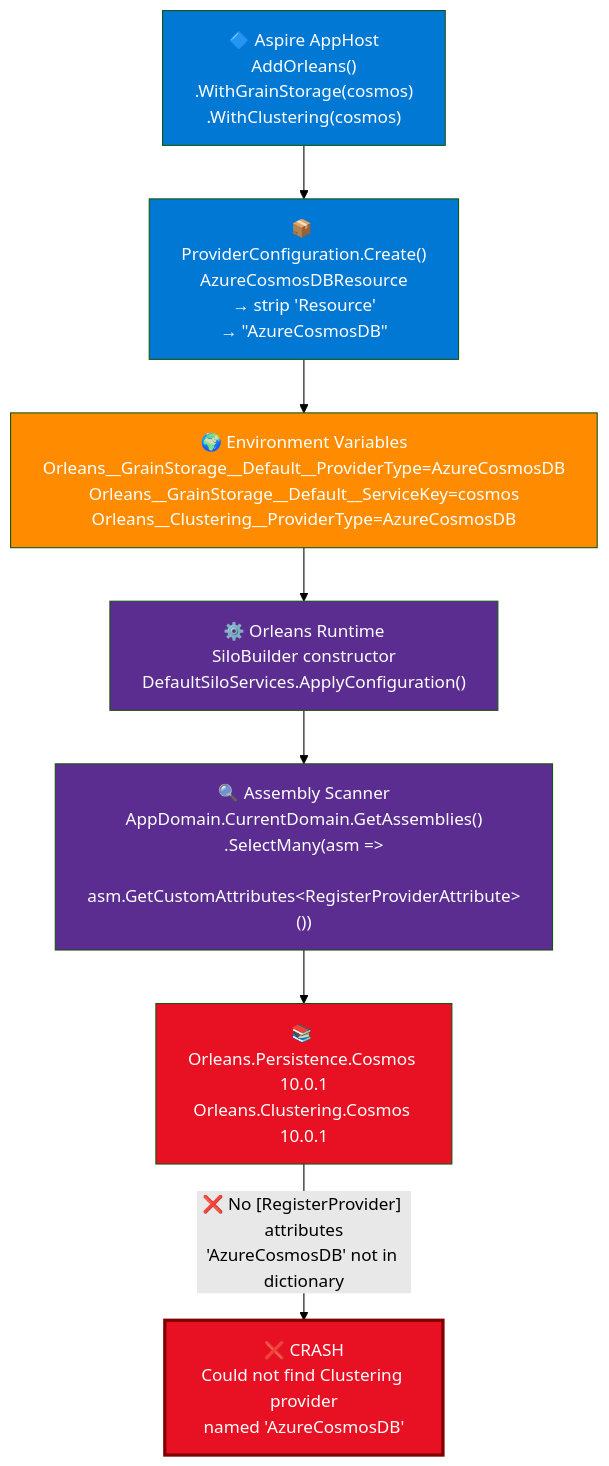
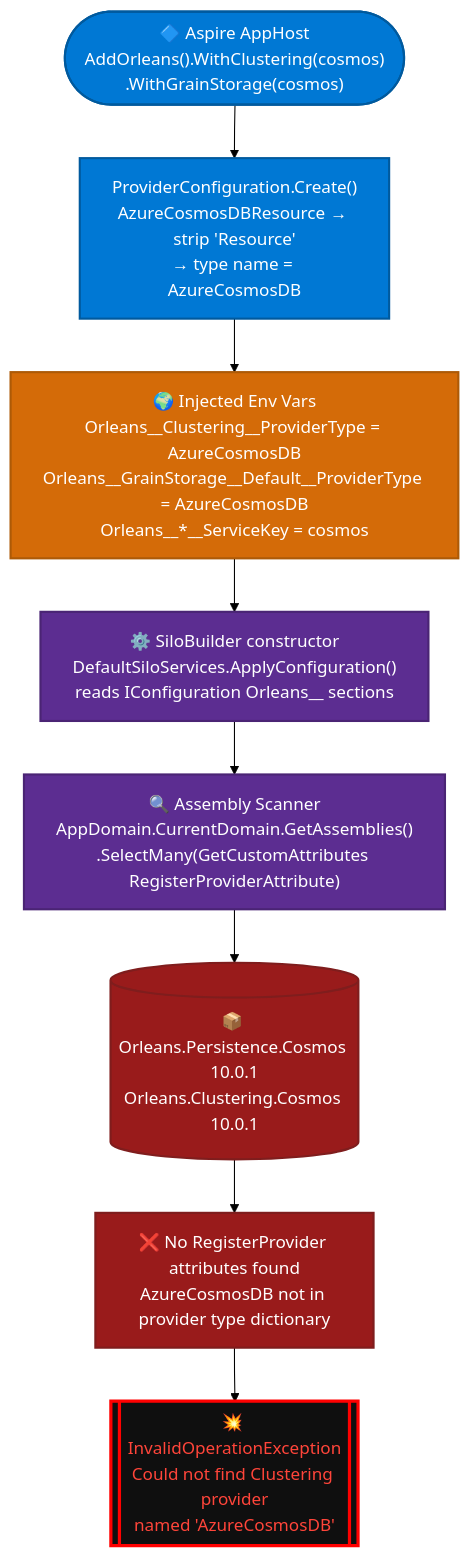
One commit to abossard/always-on-v2 changed the first of 3 diagrams in docs/adr/0058-orleans-explicit-provider-config-DI.md. Above: the diagram before and after it, drawn with Mermaid (forest theme). The commit also changed other lines of this file, not shown here.

First line of the commit message:
docs(adr-0058): improve Mermaid diagrams with classDef themes and tree structure

````diff
--- a/docs/adr/0058-orleans-explicit-provider-config-DI.md
+++ b/docs/adr/0058-orleans-explicit-provider-config-DI.md
@@ -32,25 +32,19 @@
 ```mermaid
 flowchart TD
-    A["🔷 Aspire AppHost\nAddOrleans()\n.WithGrainStorage(cosmos)\n.WithClustering(cosmos)"]
-    B["📦 ProviderConfiguration.Create()\nAzureCosmosDBResource\n→ strip 'Resource'\n→ &quot;AzureCosmosDB&quot;"]
-    C["🌍 Environment Variables\nOrleans__GrainStorage__Default__ProviderType=AzureCosmosDB\nOrleans__GrainStorage__Default__ServiceKey=cosmos\nOrleans__Clustering__ProviderType=AzureCosmosDB"]
-    D["⚙️ Orleans Runtime\nSiloBuilder constructor\nDefaultSiloServices.ApplyConfiguration()"]
-    E["🔍 Assembly Scanner\nAppDomain.CurrentDomain.GetAssemblies()\n.SelectMany(asm =>\n  asm.GetCustomAttributes&lt;RegisterProviderAttribute&gt;())"]
-    F["📚 Orleans.Persistence.Cosmos 10.0.1\nOrleans.Clustering.Cosmos 10.0.1"]
-    G["❌ CRASH\nCould not find Clustering provider\nnamed 'AzureCosmosDB'"]
+    classDef aspire   fill:#0078d4,color:#fff,stroke:#005a9e,stroke-width:2px
+    classDef envvar   fill:#d46b08,color:#fff,stroke:#ad5a07,stroke-width:2px
+    classDef runtime  fill:#5c2d91,color:#fff,stroke:#4a2474,stroke-width:2px
+    classDef broken   fill:#991b1b,color:#fff,stroke:#7f1d1d,stroke-width:2px
+    classDef crash    fill:#0f0f0f,color:#ff453a,stroke:#ff0000,stroke-width:3px
 
-    A --> B
-    B --> C
-    C --> D
-    D --> E
-    E --> F
-    F -->|"❌ No [RegisterProvider] attributes\n'AzureCosmosDB' not in dictionary"| G
+    A(["🔷 Aspire AppHost\nAddOrleans().WithClustering(cosmos)\n.WithGrainStorage(cosmos)"]):::aspire
+    B["ProviderConfiguration.Create()\nAzureCosmosDBResource → strip 'Resource'\n→ type name = AzureCosmosDB"]:::aspire
+    C["🌍 Injected Env Vars\nOrleans__Clustering__ProviderType = AzureCosmosDB\nOrleans__GrainStorage__Default__ProviderType = AzureCosmosDB\nOrleans__*__ServiceKey = cosmos"]:::envvar
+    D["⚙️ SiloBuilder constructor\nDefaultSiloServices.ApplyConfiguration()\nreads IConfiguration Orleans__ sections"]:::runtime
+    E["🔍 Assembly Scanner\nAppDomain.CurrentDomain.GetAssemblies()\n.SelectMany(GetCustomAttributes RegisterProviderAttribute)"]:::runtime
+    F[("📦 Orleans.Persistence.Cosmos 10.0.1\nOrleans.Clustering.Cosmos 10.0.1")]:::broken
+    G["❌ No RegisterProvider attributes found\nAzureCosmosDB not in provider type dictionary"]:::broken
+    H[["💥 InvalidOperationException\nCould not find Clustering provider\nnamed 'AzureCosmosDB'"]]:::crash
 
-    style A fill:#0078d4,color:#fff
-    style B fill:#0078d4,color:#fff
-    style C fill:#ff8c00,color:#fff
-    style D fill:#5c2d91,color:#fff
-    style E fill:#5c2d91,color:#fff
-    style F fill:#e81123,color:#fff
-    style G fill:#e81123,color:#fff,stroke:#800000,stroke-width:3px
+    A --> B --> C --> D --> E --> F --> G --> H
 ```
````
